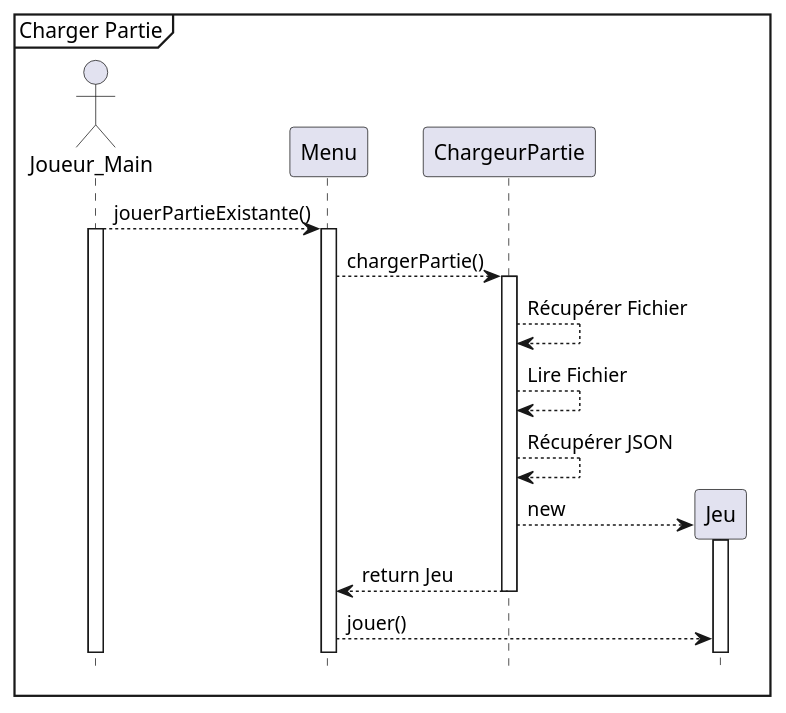
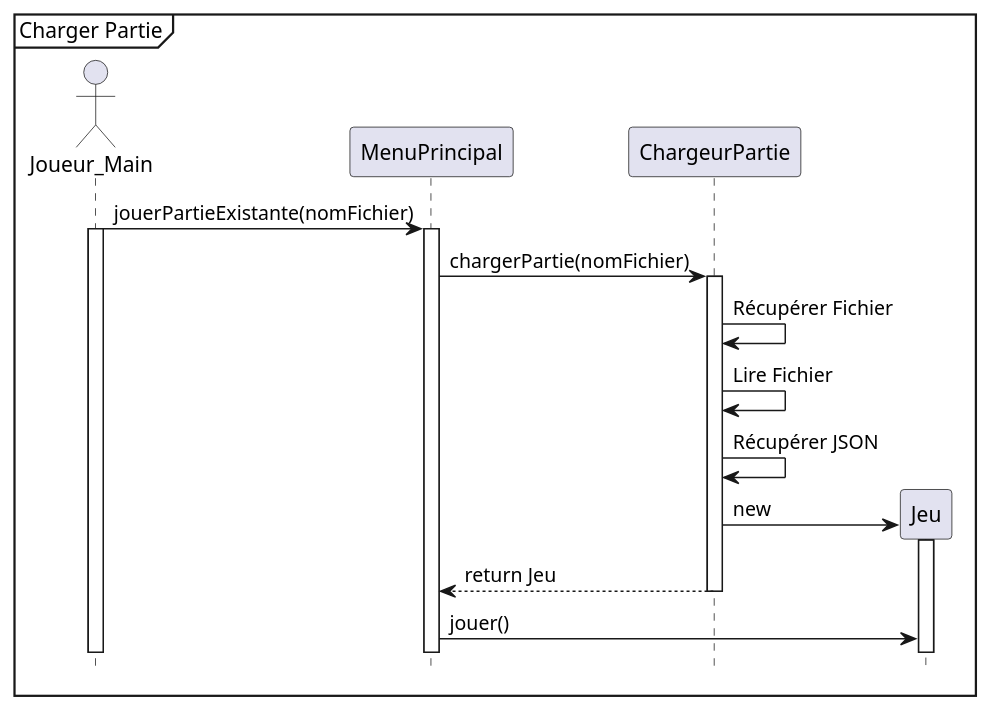
One commit to Patroklos99/5153_TP2-Battleship-AI-Pattern-Conception_Engineering2 changed the diagram in diagrammes_conception/diagrammes_sequence/charger_partie.puml. Above: the diagram before and after it, drawn with PlantUML. The commit also changed 3 other files, not shown here.

Commit message:
Modif des diagrammes séquence et cas

```diff
--- a/diagrammes_conception/diagrammes_sequence/charger_partie.puml
+++ b/diagrammes_conception/diagrammes_sequence/charger_partie.puml
@@ -1,29 +1,29 @@
 @startuml sequence_noter_panier
 hide footbox
 mainframe Charger Partie
 
 actor Joueur_Main as joueur
-participant Menu
+participant MenuPrincipal
 participant ChargeurPartie 
 participant Jeu
 
-joueur --> Menu : jouerPartieExistante()
-activate Menu
+joueur -> MenuPrincipal : jouerPartieExistante(nomFichier)
+activate MenuPrincipal
 activate joueur
 
-Menu --> ChargeurPartie : chargerPartie()
+MenuPrincipal -> ChargeurPartie : chargerPartie(nomFichier)
 activate ChargeurPartie
 
-ChargeurPartie --> ChargeurPartie : Récupérer Fichier
-ChargeurPartie --> ChargeurPartie : Lire Fichier
-ChargeurPartie --> ChargeurPartie : Récupérer JSON
+ChargeurPartie -> ChargeurPartie : Récupérer Fichier
+ChargeurPartie -> ChargeurPartie : Lire Fichier
+ChargeurPartie -> ChargeurPartie : Récupérer JSON
 
 create Jeu
-ChargeurPartie --> Jeu : new
+ChargeurPartie -> Jeu : new
 activate Jeu
-ChargeurPartie --> Menu : return Jeu
+ChargeurPartie --> MenuPrincipal : return Jeu
 deactivate ChargeurPartie
 
-Menu --> Jeu : jouer()
+MenuPrincipal -> Jeu : jouer()
 
 @enduml
```
